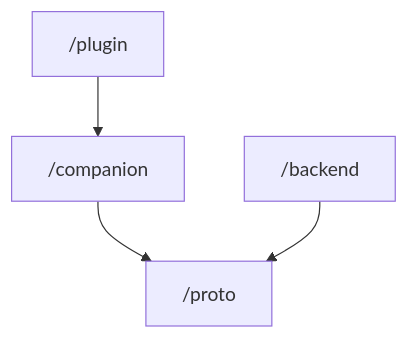
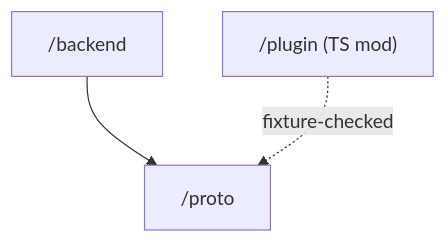
Before and after one commit to diegovillafuerte1/claudingtin: the second of 4 diagrams in _bmad-output/planning-artifacts/architecture/architecture-claudingtin-2026-09-01/ARCHITECTURE-SPINE.md, drawn with Mermaid. The commit also changed other lines of this file and 22 other files, not shown here.

````diff
--- a/_bmad-output/planning-artifacts/architecture/architecture-claudingtin-2026-09-01/ARCHITECTURE-SPINE.md
+++ b/_bmad-output/planning-artifacts/architecture/architecture-claudingtin-2026-09-01/ARCHITECTURE-SPINE.md
@@ -234,6 +276,5 @@
 ```mermaid
 graph TD
-  plugin["/plugin"] --> companion["/companion"]
-  companion --> proto["/proto"]
-  backend["/backend"] --> proto
+  backend["/backend"] --> proto["/proto"]
+  plugin["/plugin (TS mod)"] -.fixture-checked.-> proto
 ```
````
